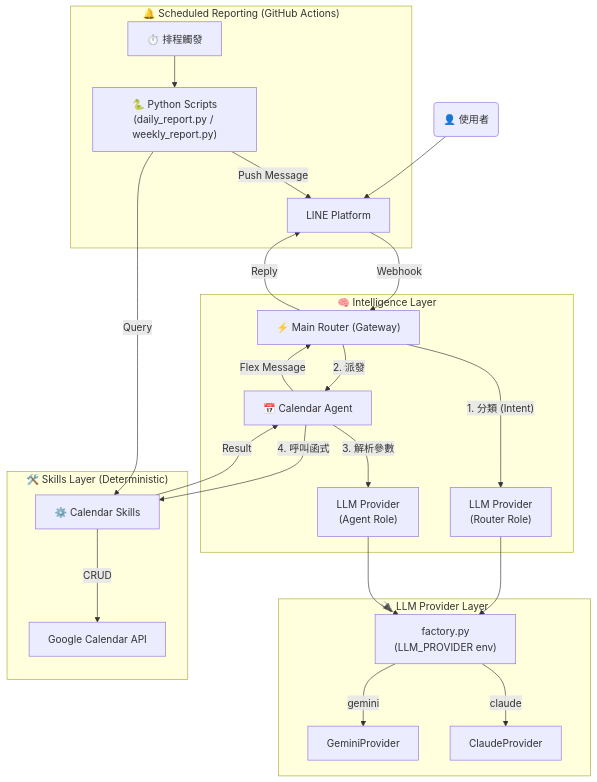
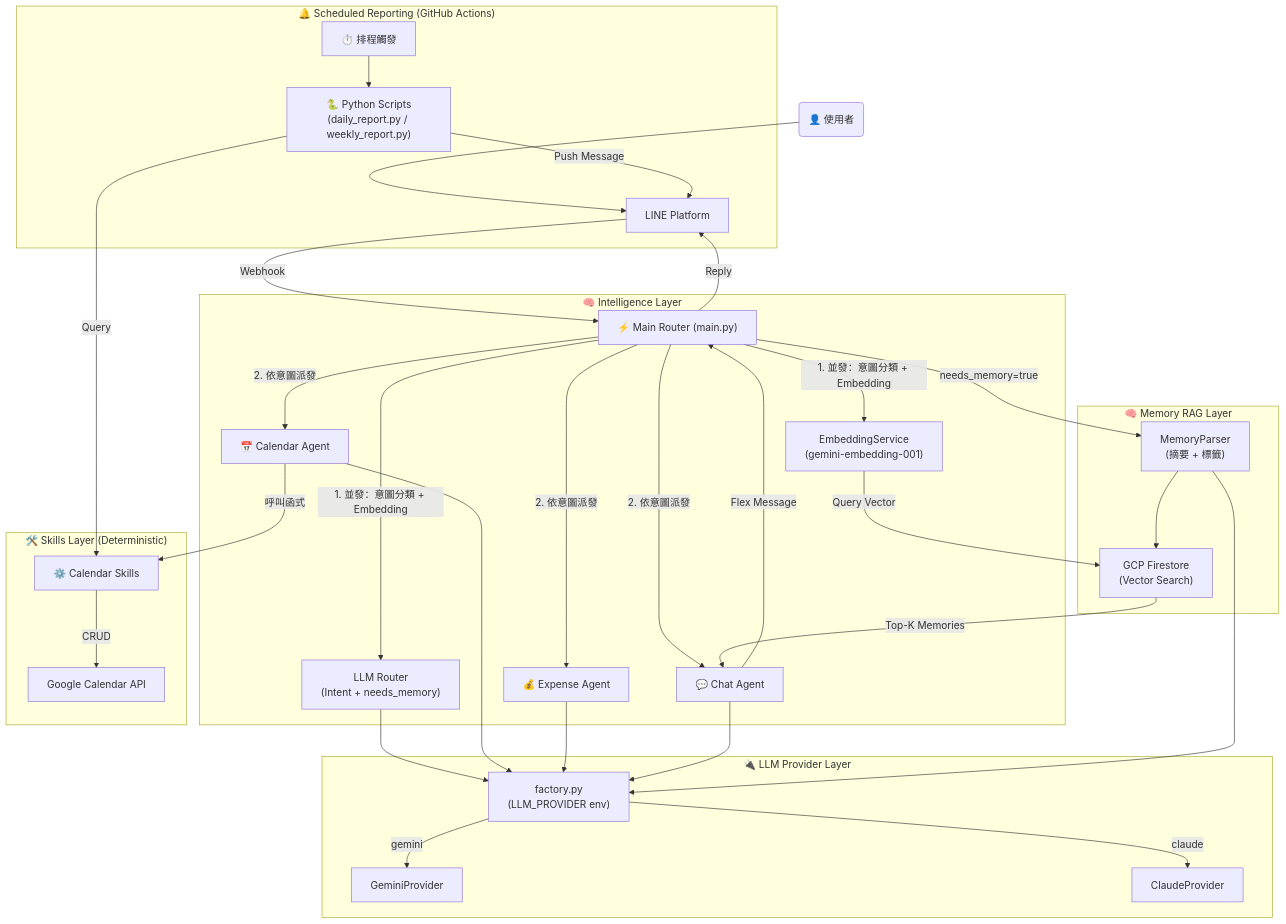
One commit to YenChengLai/ai-butler-python changed the diagram in README.zh-tw.md. Above: the diagram before and after it, drawn with Mermaid. The commit also changed other lines of this file and 2 other files, not shown here.

Commit message:
docs: update all README files to reflect memory system, async architecture, google-genai SDK, and deployment requirements

````diff
--- a/README.zh-tw.md
+++ b/README.zh-tw.md
@@ -39,32 +45,40 @@
 ```mermaid
 graph TD
     User("👤 使用者") --> Line["LINE Platform"]
-    Line --Webhook--> Gateway["⚡ Main Router (Gateway)"]
+    Line --Webhook--> Gateway["⚡ Main Router (main.py)"]
 
     subgraph "🧠 Intelligence Layer"
-        Gateway --"1. 分類 (Intent)"--> RouterLLM["LLM Provider\n(Router Role)"]
-        Gateway --"2. 派發"--> CalAgent["📅 Calendar Agent"]
-        CalAgent --"3. 解析參數"--> AgentLLM["LLM Provider\n(Agent Role)"]
+        Gateway --"1. 並發：意圖分類 + Embedding"--> RouterLLM["LLM Router\n(Intent + needs_memory)"]
+        Gateway --"1. 並發：意圖分類 + Embedding"--> Embed["EmbeddingService\n(gemini-embedding-001)"]
+        Gateway --"2. 依意圖派發"--> CalAgent["📅 Calendar Agent"]
+        Gateway --"2. 依意圖派發"--> ExpAgent["💰 Expense Agent"]
+        Gateway --"2. 依意圖派發"--> ChatAgent["💬 Chat Agent"]
+    end
+
+    subgraph "🧠 Memory RAG Layer"
+        Embed --"Query Vector"--> Firestore["GCP Firestore\n(Vector Search)"]
+        Firestore --"Top-K Memories"--> ChatAgent
+        Gateway --"needs_memory=true"--> MemParser["MemoryParser\n(摘要 + 標籤)"]
+        MemParser --> Firestore
     end
 
     subgraph "🔌 LLM Provider Layer"
-        RouterLLM & AgentLLM --> Factory["factory.py\n(LLM_PROVIDER env)"]
+        RouterLLM & CalAgent & ExpAgent & ChatAgent & MemParser --> Factory["factory.py\n(LLM_PROVIDER env)"]
         Factory -->|gemini| Gemini["GeminiProvider"]
         Factory -->|claude| Claude["ClaudeProvider"]
     end
 
     subgraph "🛠️ Skills Layer (Deterministic)"
-        CalAgent --"4. 呼叫函式"--> Skill["⚙️ Calendar Skills"]
+        CalAgent --"呼叫函式"--> Skill["⚙️ Calendar Skills"]
         Skill --"CRUD"--> GCal["Google Calendar API"]
     end
 
     subgraph "🔔 Scheduled Reporting (GitHub Actions)"
         Cron["⏱️ 排程觸發"] --> Scripts["🐍 Python Scripts\n(daily_report.py / weekly_report.py)"]
         Scripts --"Query"--> Skill
         Scripts --"Push Message"--> Line
     end
 
-    Skill --"Result"--> CalAgent
-    CalAgent --"Flex Message"--> Gateway
+    ChatAgent --"Flex Message"--> Gateway
     Gateway --"Reply"--> Line
 ```
````
